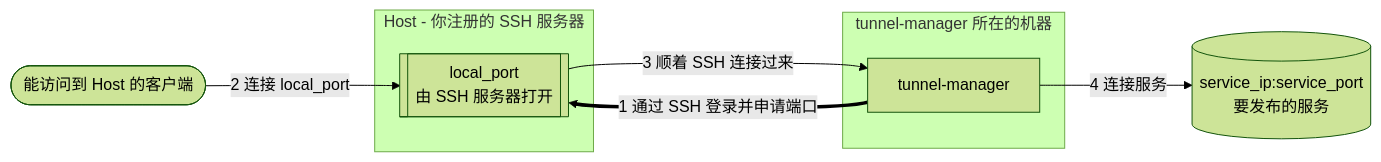
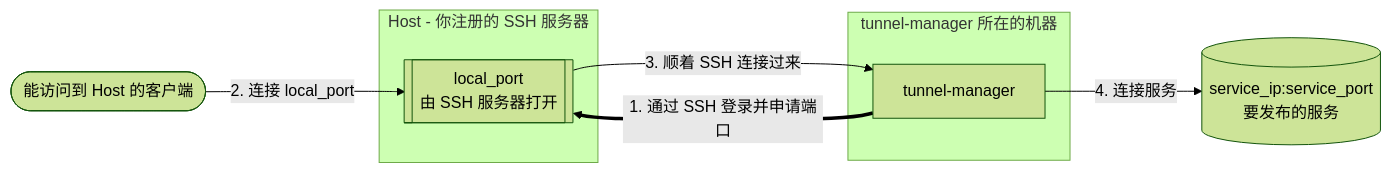
The diagram in docs/README.zh.md (jollaman999/tunnel-manager), drawn with Mermaid (forest theme) before and after one commit. The commit also changed 3 other files, not shown here.

Commit message:
docs: Number the diagram steps as ordinals

````diff
--- a/docs/README.zh.md
+++ b/docs/README.zh.md
@@ -12,16 +12,16 @@
 ```mermaid
 flowchart LR
     client(["能访问到 Host 的客户端"])
     subgraph host ["Host - 你注册的 SSH 服务器"]
         port[["local_port<br/>由 SSH 服务器打开"]]
     end
     subgraph here ["tunnel-manager 所在的机器"]
         tm["tunnel-manager"]
     end
     service[("service_ip:service_port<br/>要发布的服务")]
 
-    tm ==>|"1 通过 SSH 登录并申请端口"| port
-    client -->|"2 连接 local_port"| port
-    port -->|"3 顺着 SSH 连接过来"| tm
-    tm -->|"4 连接服务"| service
+    tm ==>|"1. 通过 SSH 登录并申请端口"| port
+    client -->|"2. 连接 local_port"| port
+    port -->|"3. 顺着 SSH 连接过来"| tm
+    tm -->|"4. 连接服务"| service
 ```
````
